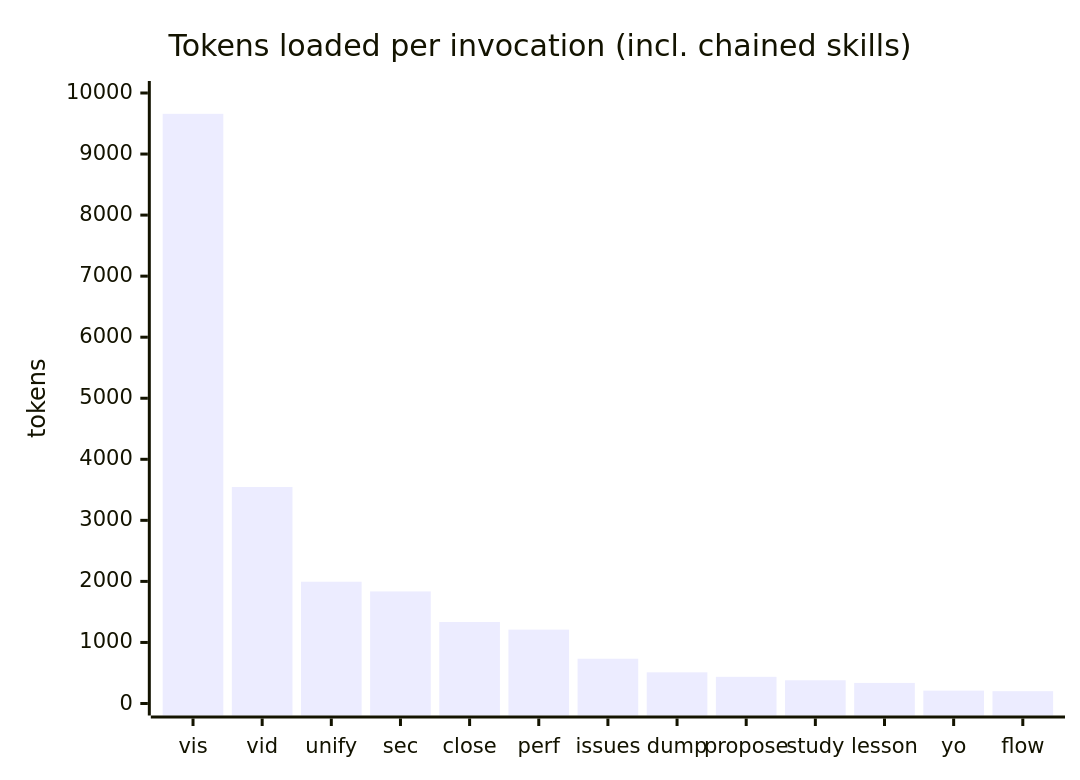
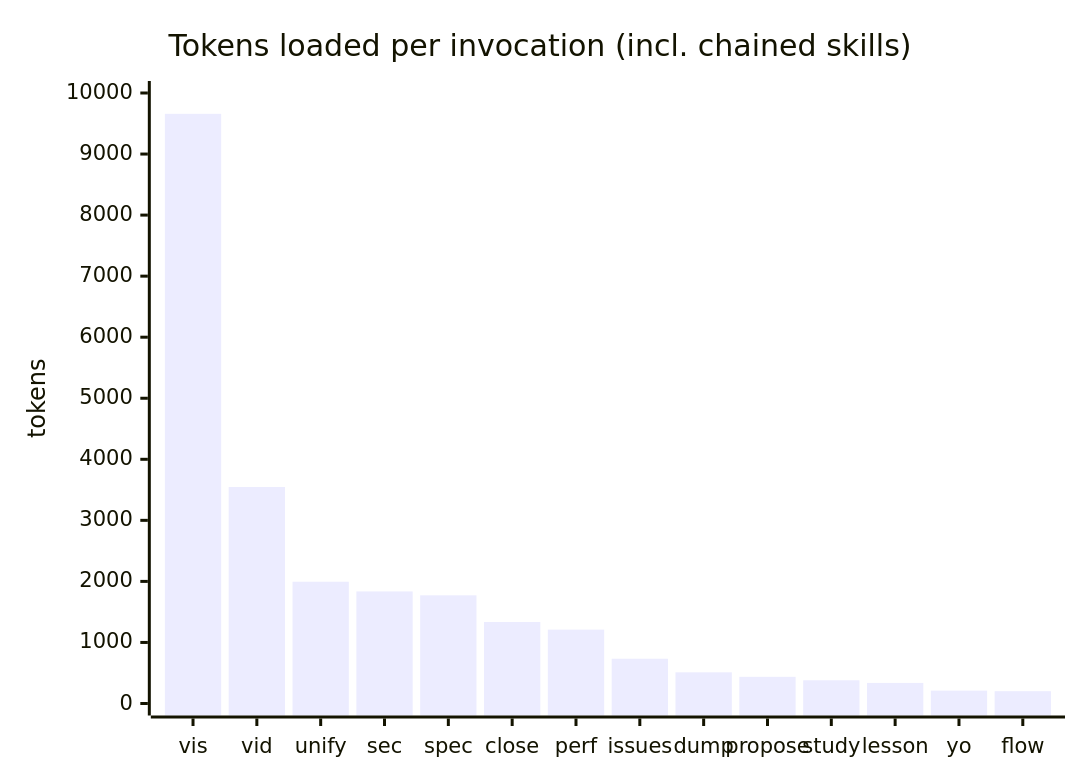
One commit to Banksy-said-hi/claude-skills changed the diagram in README.md. Above: the diagram before and after it, drawn with Mermaid. The commit also changed other lines of this file and 1 other file, not shown here.

````diff
--- a/README.md
+++ b/README.md
@@ -30,7 +31,7 @@
 ```mermaid
 xychart-beta
   title "Tokens loaded per invocation (incl. chained skills)"
-  x-axis ["vis", "vid", "unify", "sec", "close", "perf", "issues", "dump", "propose", "study", "lesson", "yo", "flow"]
+  x-axis ["vis", "vid", "unify", "sec", "spec", "close", "perf", "issues", "dump", "propose", "study", "lesson", "yo", "flow"]
   y-axis "tokens" 0 --> 10000
-  bar [9659, 3547, 1995, 1836, 1335, 1210, 733, 511, 437, 380, 337, 211, 202]
+  bar [9659, 3547, 1995, 1836, 1772, 1335, 1210, 733, 511, 437, 380, 337, 211, 202]
 ```
````
